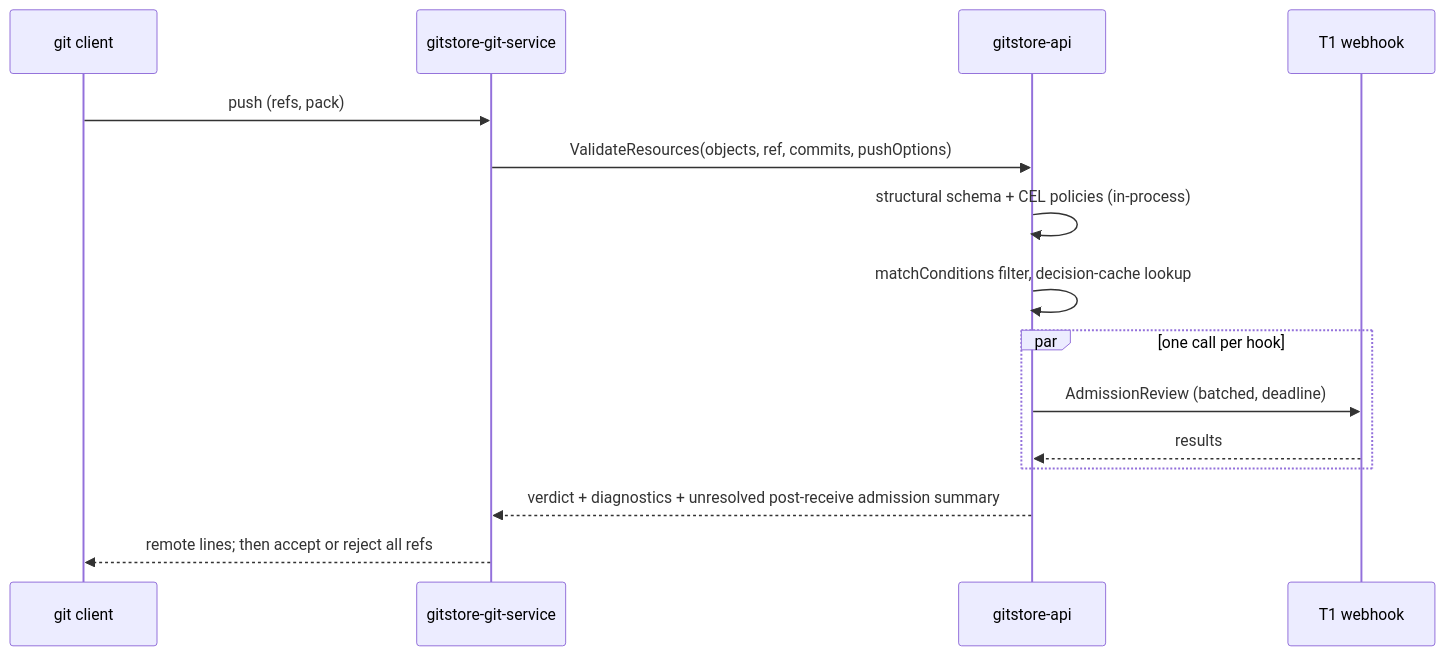
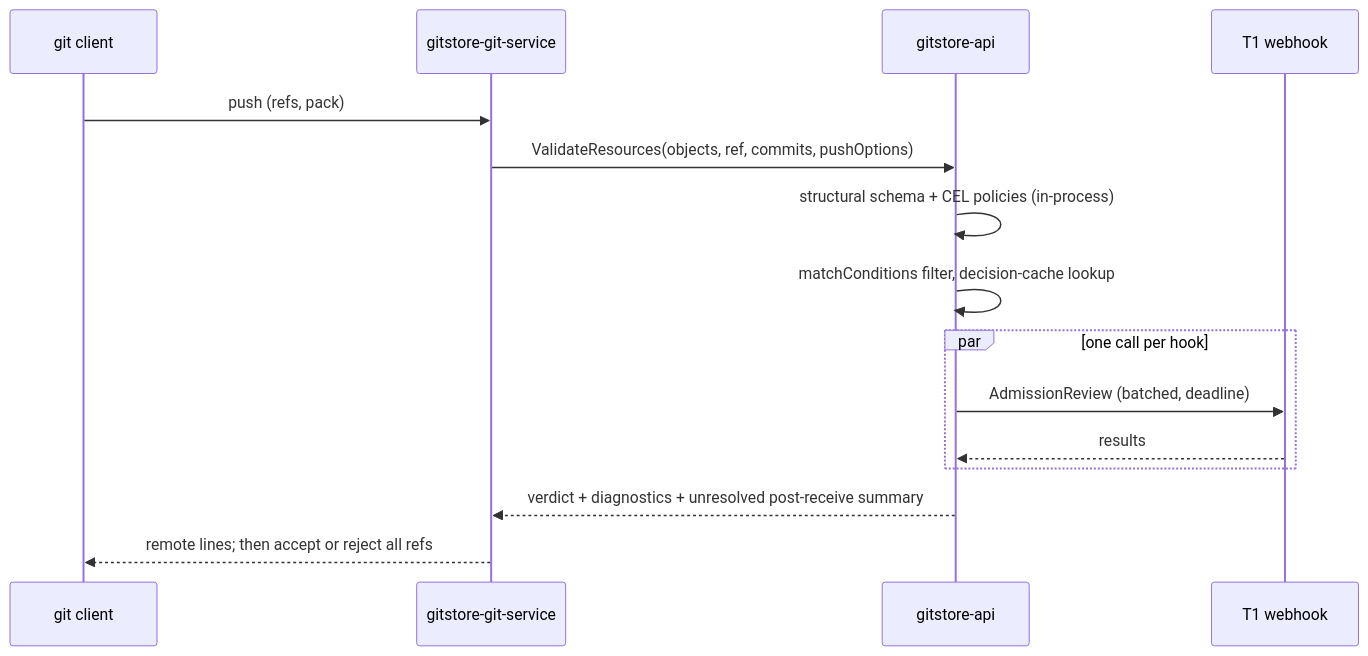
Before and after one commit to gitstore-dev/GitStore: the diagram in docs/implementation/039-resource-lifecycle-hooks.md, drawn with Mermaid. The commit also changed other lines of this file and 1 other file, not shown here.

Commit message:
docs(admission): simplify Git phase names

````diff
--- a/docs/implementation/039-resource-lifecycle-hooks.md
+++ b/docs/implementation/039-resource-lifecycle-hooks.md
@@ -332,17 +332,17 @@
 ```mermaid
 sequenceDiagram
   participant C as git client
   participant G as gitstore-git-service
   participant A as gitstore-api
   participant H as T1 webhook
   C->>G: push (refs, pack)
   G->>A: ValidateResources(objects, ref, commits, pushOptions)
   A->>A: structural schema + CEL policies (in-process)
   A->>A: matchConditions filter, decision-cache lookup
   par one call per hook
     A->>H: AdmissionReview (batched, deadline)
     H-->>A: results
   end
-  A-->>G: verdict + diagnostics + unresolved post-receive admission summary
+  A-->>G: verdict + diagnostics + unresolved post-receive summary
   G-->>C: remote lines#59; then accept or reject all refs
 ```
````
